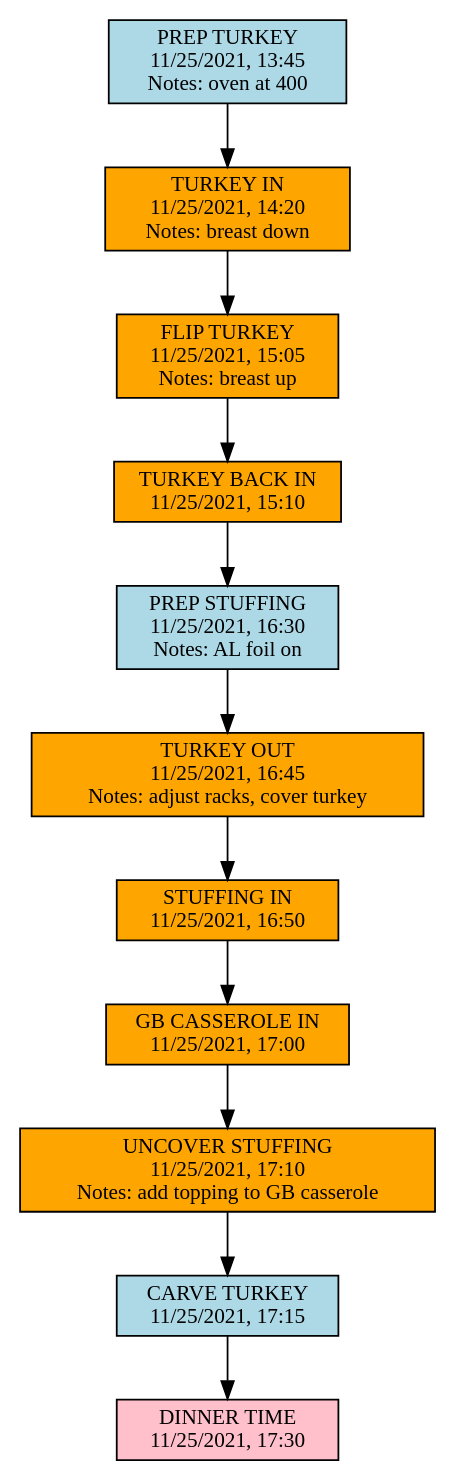
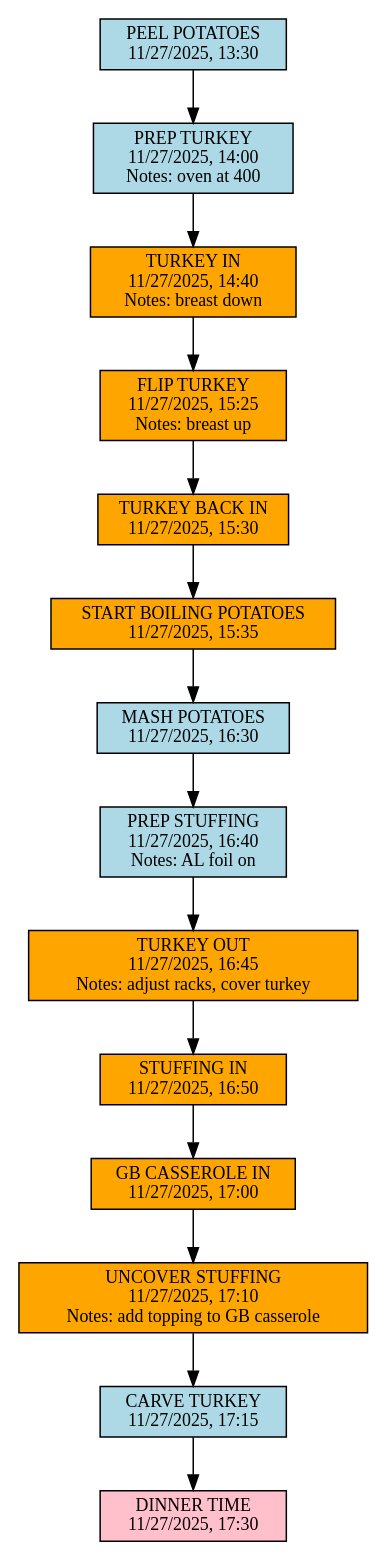
One commit to milesjwinter/thanksgiving_timeline changed the diagram in outputs/timeline-graph.gv. Above: the diagram before and after it, drawn with Graphviz. The commit also changed 2 other files, not shown here.

```diff
--- a/outputs/timeline-graph.gv
+++ b/outputs/timeline-graph.gv
@@ -1,42 +1,51 @@
 digraph {
 	graph [size="12,12"]
 	node [align=left fontsize=12 height=0.2 ranksep=0.1 shape=box style=filled]
-	0 [label="PREP TURKEY
-11/25/2021, 13:45
+	0 [label="PEEL POTATOES
+11/27/2025, 13:30" fillcolor=lightblue]
+	0 -> 1
+	1 [label="PREP TURKEY
+11/27/2025, 14:00
  Notes: oven at 400" fillcolor=lightblue]
-	0 -> 1
-	1 [label="TURKEY IN
-11/25/2021, 14:20
+	1 -> 2
+	2 [label="TURKEY IN
+11/27/2025, 14:40
  Notes: breast down" fillcolor=orange]
-	1 -> 2
-	2 [label="FLIP TURKEY
-11/25/2021, 15:05
+	2 -> 3
+	3 [label="FLIP TURKEY
+11/27/2025, 15:25
  Notes: breast up" fillcolor=orange]
-	2 -> 3
-	3 [label="TURKEY BACK IN
-11/25/2021, 15:10" fillcolor=orange]
 	3 -> 4
-	4 [label="PREP STUFFING
-11/25/2021, 16:30
+	4 [label="TURKEY BACK IN
+11/27/2025, 15:30" fillcolor=orange]
+	4 -> 5
+	5 [label="START BOILING POTATOES
+11/27/2025, 15:35" fillcolor=orange]
+	5 -> 6
+	6 [label="MASH POTATOES
+11/27/2025, 16:30" fillcolor=lightblue]
+	6 -> 7
+	7 [label="PREP STUFFING
+11/27/2025, 16:40
  Notes: AL foil on" fillcolor=lightblue]
-	4 -> 5
-	5 [label="TURKEY OUT
-11/25/2021, 16:45
+	7 -> 8
+	8 [label="TURKEY OUT
+11/27/2025, 16:45
  Notes: adjust racks, cover turkey" fillcolor=orange]
-	5 -> 6
-	6 [label="STUFFING IN
-11/25/2021, 16:50" fillcolor=orange]
-	6 -> 7
-	7 [label="GB CASSEROLE IN
-11/25/2021, 17:00" fillcolor=orange]
-	7 -> 8
-	8 [label="UNCOVER STUFFING
-11/25/2021, 17:10
+	8 -> 9
+	9 [label="STUFFING IN
+11/27/2025, 16:50" fillcolor=orange]
+	9 -> 10
+	10 [label="GB CASSEROLE IN
+11/27/2025, 17:00" fillcolor=orange]
+	10 -> 11
+	11 [label="UNCOVER STUFFING
+11/27/2025, 17:10
  Notes: add topping to GB casserole" fillcolor=orange]
-	8 -> 9
-	9 [label="CARVE TURKEY
-11/25/2021, 17:15" fillcolor=lightblue]
-	9 -> 10
-	10 [label="DINNER TIME
-11/25/2021, 17:30" fillcolor=pink]
+	11 -> 12
+	12 [label="CARVE TURKEY
+11/27/2025, 17:15" fillcolor=lightblue]
+	12 -> 13
+	13 [label="DINNER TIME
+11/27/2025, 17:30" fillcolor=pink]
 }
```
